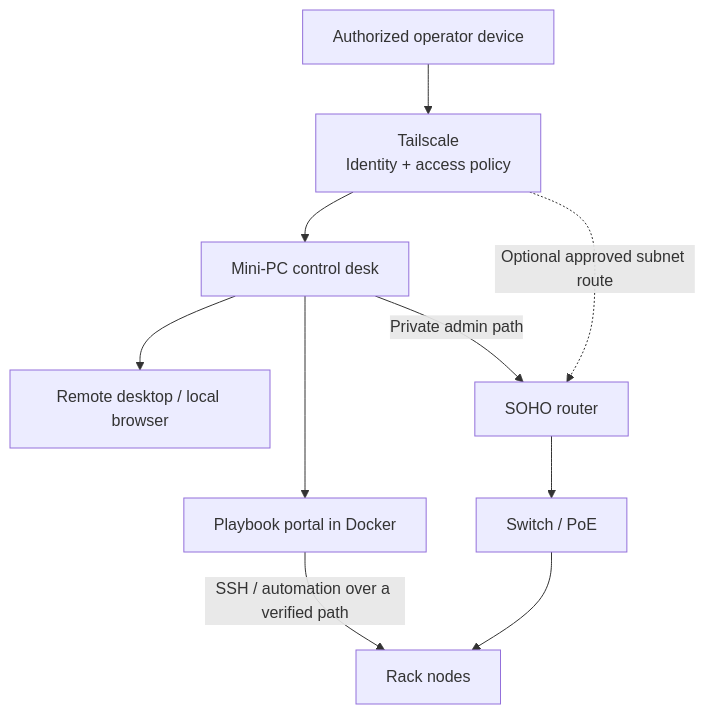
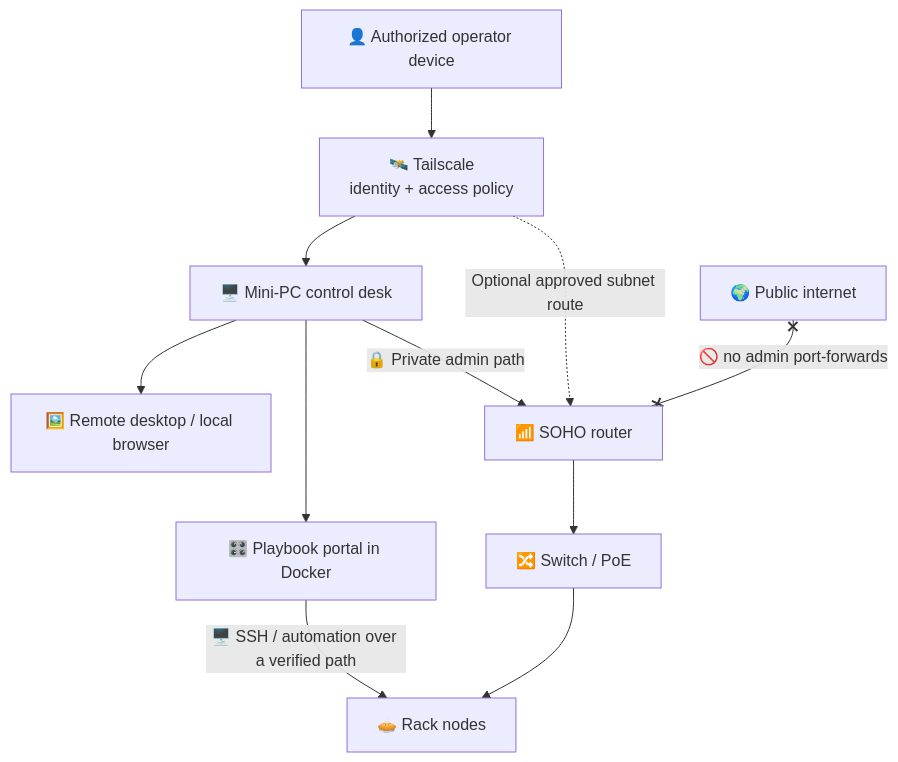
Before and after one commit to MeVsTheVoices/Playbook: the fifth of 7 diagrams in docs/soho-rack-vision.md, drawn with Mermaid. The commit also changed other lines of this file and 7 other files, not shown here.

First line of the commit message:
Restyle documentation with diagrams and leaner prose

````diff
--- a/docs/soho-rack-vision.md
+++ b/docs/soho-rack-vision.md
@@ -105,12 +149,13 @@
 ```mermaid
 flowchart TD
-    Operator["Authorized operator device"] --> Tailnet["Tailscale<br/>Identity + access policy"]
-    Tailnet --> Desk["Mini-PC control desk"]
-    Desk --> GUI["Remote desktop / local browser"]
-    Desk --> Portal["Playbook portal in Docker"]
-    Portal -->|SSH / automation over a verified path| Nodes["Rack nodes"]
-    Desk -->|Private admin path| Router["SOHO router"]
-    Tailnet -. Optional approved subnet route .-> Router
-    Router --> Switch["Switch / PoE"]
+    Operator["👤 Authorized operator device"] --> Tailnet["🛰️ Tailscale<br/>identity + access policy"]
+    Tailnet --> Desk["🖥️ Mini-PC control desk"]
+    Desk --> GUI["🖼️ Remote desktop / local browser"]
+    Desk --> Portal["🎛️ Playbook portal in Docker"]
+    Portal -->|"🖥️ SSH / automation over a verified path"| Nodes["🥧 Rack nodes"]
+    Desk -->|"🔒 Private admin path"| Router["📶 SOHO router"]
+    Tailnet -. "Optional approved subnet route" .-> Router
+    Router --> Switch["🔀 Switch / PoE"]
     Switch --> Nodes
+    Internet["🌍 Public internet"] x--x|"🚫 no admin port-forwards"| Router
 ```
````
